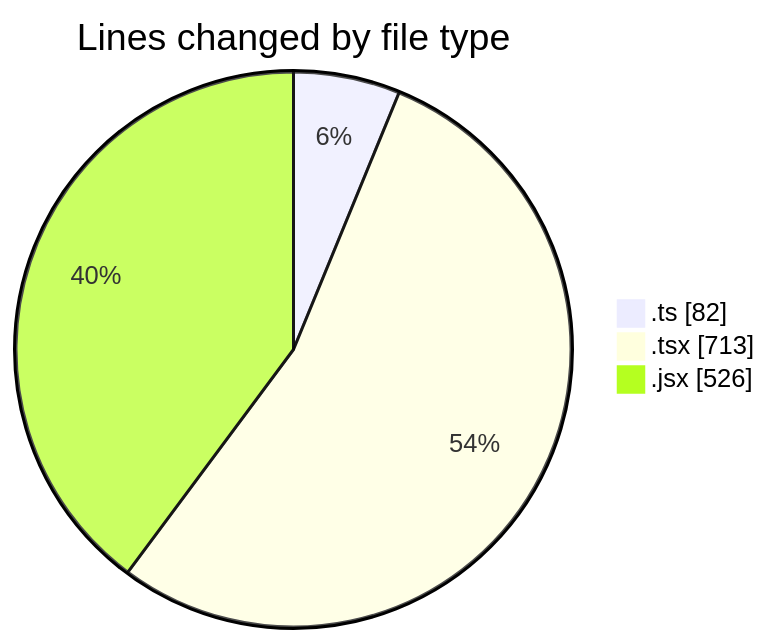
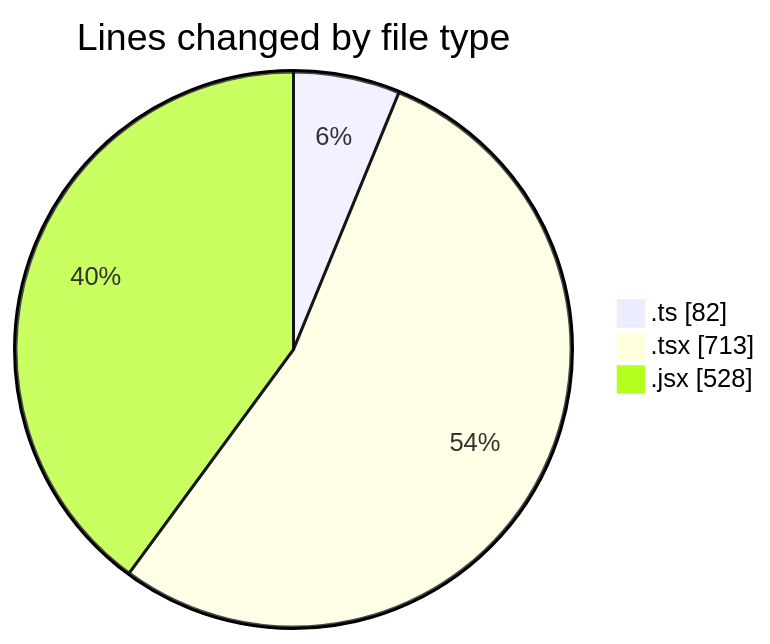
The first of 2 diagrams in 2025-01-25/termonied-web/README.md (robertbonfada/code-tracking), drawn with Mermaid before and after one commit. The commit also changed other lines of this file and 1 other file, not shown here.

````diff
--- a/2025-01-25/termonied-web/README.md
+++ b/2025-01-25/termonied-web/README.md
@@ -27,7 +27,7 @@
 ```mermaid
 pie showData
 title Lines changed by file type
 ".ts" : 82
 ".tsx" : 713
-".jsx" : 526
+".jsx" : 528
 ```
````
